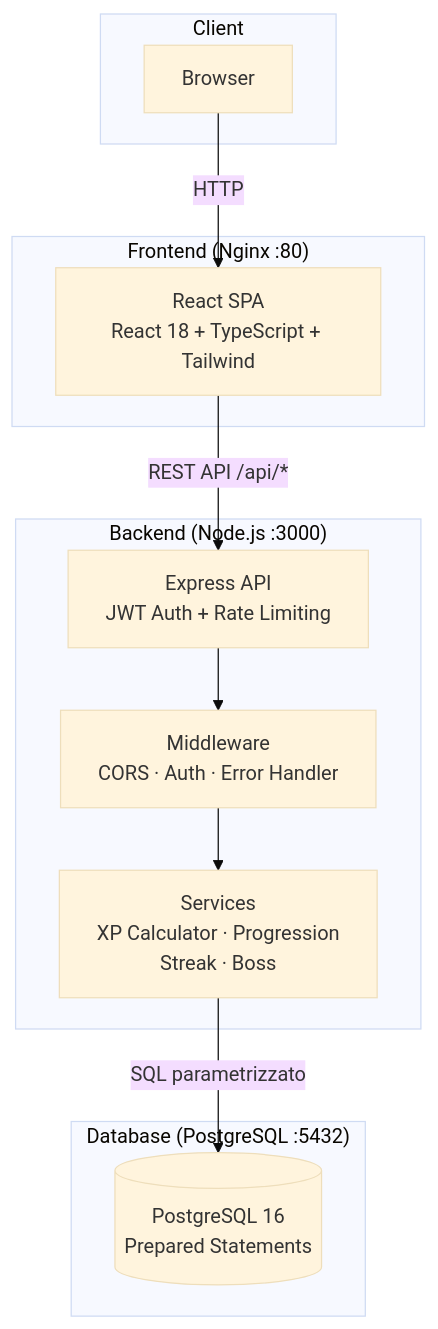
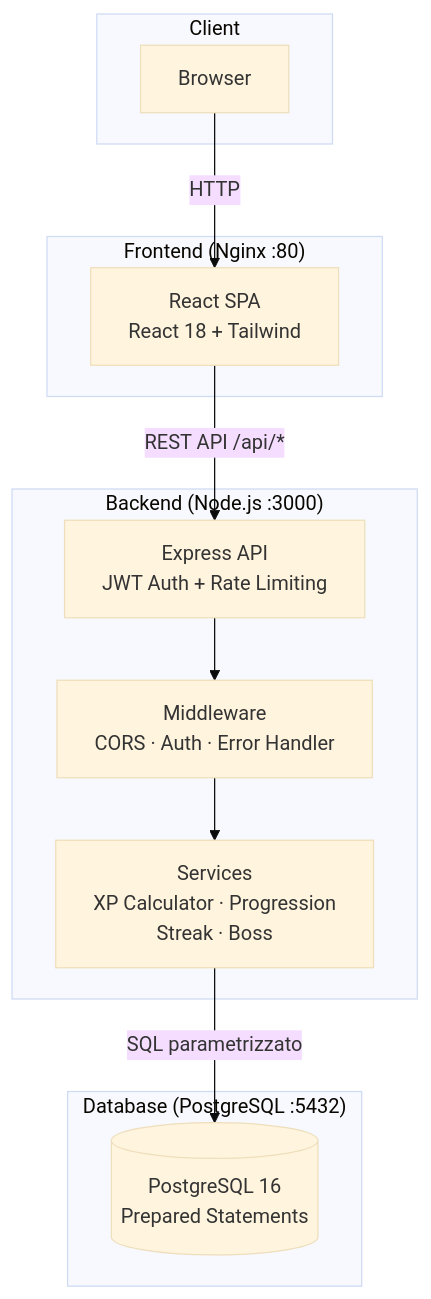
Before and after one commit to pat0003/FitQuestWeb: the first of 6 diagrams in docs/architecture.md, drawn with Mermaid (base theme). The commit also changed other lines of this file and 4 other files, not shown here.

````diff
--- a/docs/architecture.md
+++ b/docs/architecture.md
@@ -5,26 +5,26 @@
 ```mermaid
 graph TB
     subgraph Client
         B[Browser]
     end
 
     subgraph Frontend["Frontend (Nginx :80)"]
-        SPA[React SPA<br/>React 18 + TypeScript + Tailwind]
+        SPA[React SPA<br/>React 18 + Tailwind]
     end
 
     subgraph Backend["Backend (Node.js :3000)"]
         API[Express API<br/>JWT Auth + Rate Limiting]
         MW[Middleware<br/>CORS · Auth · Error Handler]
         SVC[Services<br/>XP Calculator · Progression<br/>Streak · Boss]
     end
 
     subgraph Database["Database (PostgreSQL :5432)"]
         PG[(PostgreSQL 16<br/>Prepared Statements)]
     end
 
     B -->|HTTP| SPA
     SPA -->|REST API /api/*| API
     API --> MW
     MW --> SVC
     SVC -->|SQL parametrizzato| PG
 ```
````
